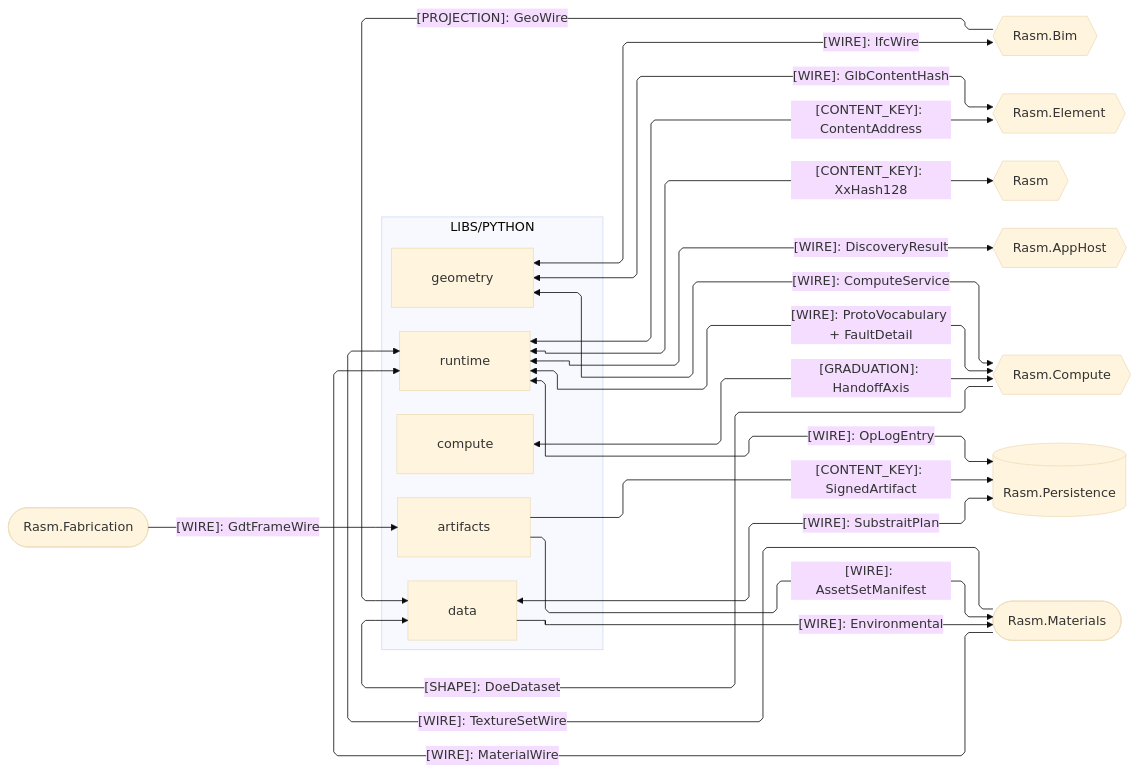
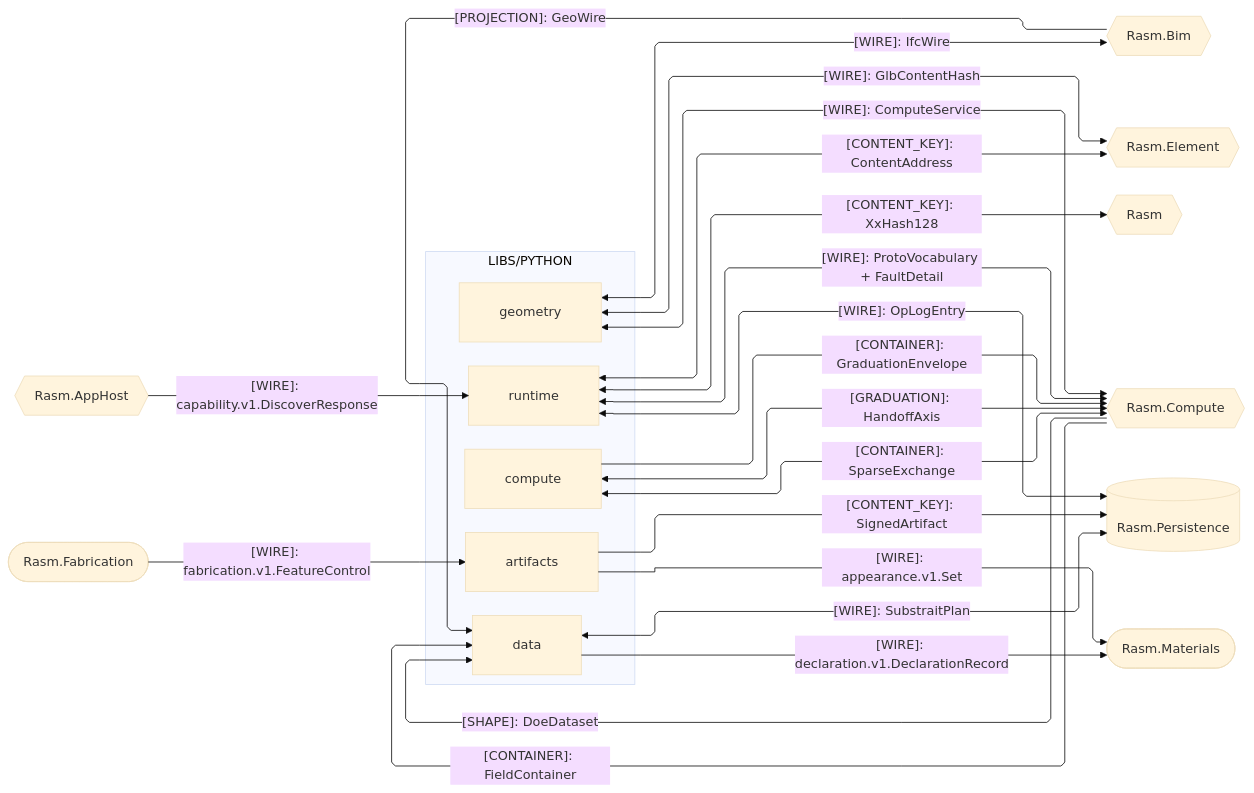
Before and after one commit to bsamiee/Rasm: the second of 4 diagrams in libs/python/.planning/ARCHITECTURE.md, drawn with Mermaid (base theme). The commit also changed other lines of this file and 820 other files, not shown here.

````diff
--- a/libs/python/.planning/ARCHITECTURE.md
+++ b/libs/python/.planning/ARCHITECTURE.md
@@ -78,45 +88,46 @@
 ```mermaid
 ---
 config:
   layout: elk
   flowchart:
     curve: linear
     padding: 25
 ---
 flowchart LR
     accTitle: Python branch C# seam registry
     accDescr: Python packages exchanging kinded contract shapes with their C# counterparts; every edge carries kind plus shape.
     subgraph python[LIBS/PYTHON]
         Geometry[geometry]
         Runtime[runtime]
         Compute[compute]
         Data[data]
         Artifacts[artifacts]
     end
     Bim{{Rasm.Bim}}
     Element{{Rasm.Element}}
     Rasm{{Rasm}}
     AppHost{{Rasm.AppHost}}
     RasmCompute{{Rasm.Compute}}
     Persistence[(Rasm.Persistence)]
     Materials([Rasm.Materials])
     Fabrication([Rasm.Fabrication])
     Geometry e1@<-->|"[WIRE]: IfcWire"| Bim
     Geometry e2@<-->|"[WIRE]: GlbContentHash"| Element
     Geometry e3@<-->|"[WIRE]: ComputeService"| RasmCompute
     Runtime e4@<-->|"[CONTENT_KEY]: ContentAddress"| Element
     Runtime e5@<-->|"[CONTENT_KEY]: XxHash128"| Rasm
-    Runtime e6@<-->|"[WIRE]: DiscoveryResult"| AppHost
+    AppHost e6@-->|"[WIRE]: capability.v1.DiscoverResponse"| Runtime
     Runtime e7@<-->|"[WIRE]: ProtoVocabulary + FaultDetail"| RasmCompute
     Runtime e8@<-->|"[WIRE]: OpLogEntry"| Persistence
-    Materials e9@-->|"[WIRE]: MaterialWire"| Runtime
-    Materials e10@-->|"[WIRE]: TextureSetWire"| Runtime
     Compute e11@<-->|"[GRADUATION]: HandoffAxis"| RasmCompute
     RasmCompute e12@-->|"[SHAPE]: DoeDataset"| Data
     Data e13@<-->|"[WIRE]: SubstraitPlan"| Persistence
-    Data e14@-->|"[WIRE]: Environmental"| Materials
+    Data e14@-->|"[WIRE]: declaration.v1.DeclarationRecord"| Materials
     Bim e15@-->|"[PROJECTION]: GeoWire"| Data
-    Artifacts e16@-->|"[WIRE]: AssetSetManifest"| Materials
+    Artifacts e16@-->|"[WIRE]: appearance.v1.Set"| Materials
     Artifacts e17@-->|"[CONTENT_KEY]: SignedArtifact"| Persistence
-    Fabrication e18@-->|"[WIRE]: GdtFrameWire"| Artifacts
+    Fabrication e18@-->|"[WIRE]: fabrication.v1.FeatureControl"| Artifacts
+    RasmCompute e19@-->|"[CONTAINER]: FieldContainer"| Data
+    Compute e20@<-->|"[CONTAINER]: SparseExchange"| RasmCompute
+    Compute e21@-->|"[CONTAINER]: GraduationEnvelope"| RasmCompute
 ```
````
